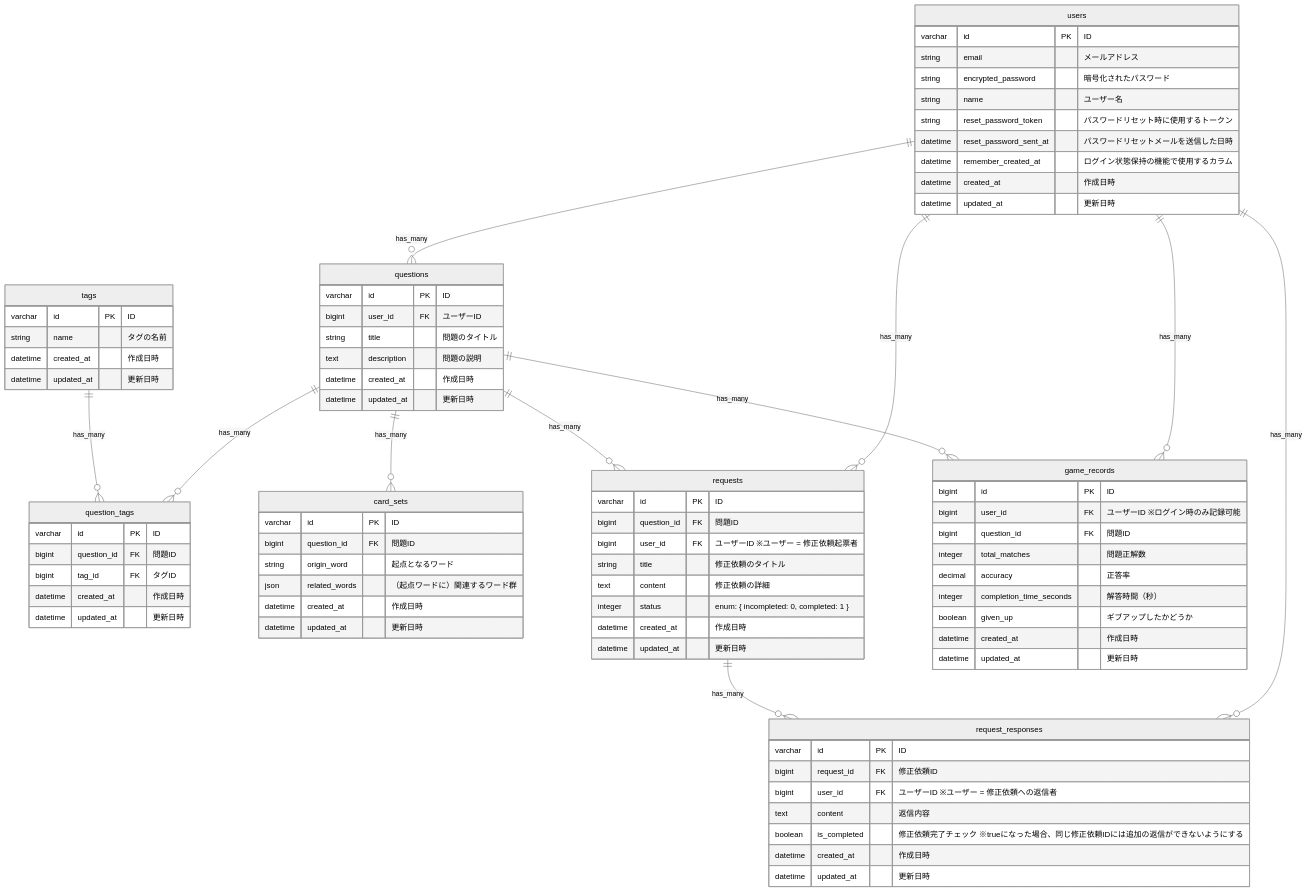
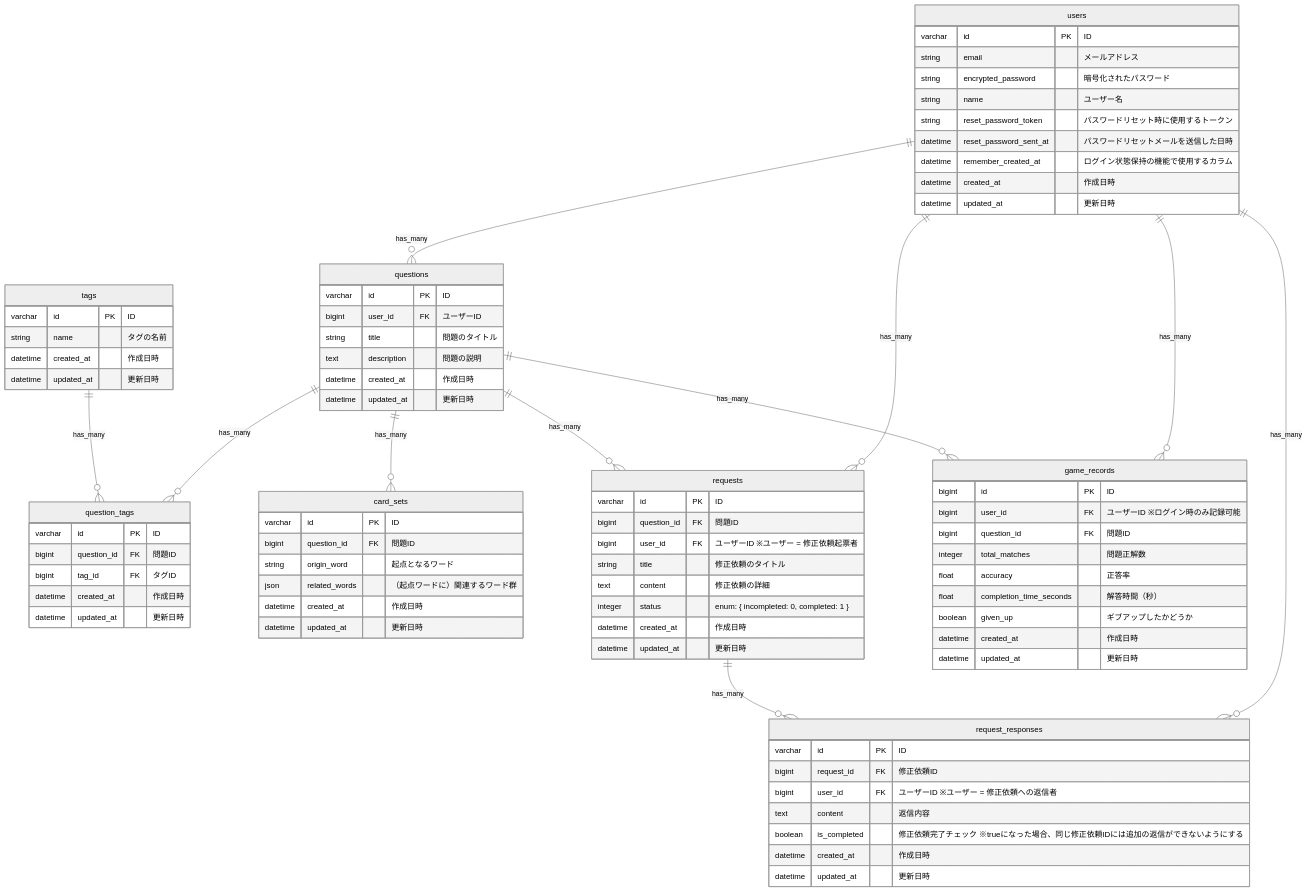
The diagram in README.md (mo-land/NeuroWord), drawn with Mermaid (neutral theme) before and after one commit.

Commit message:
uodate: ER図にて、正答率・解答時間（秒）のデータ型をfloatに変更

```diff
--- a/README.md
+++ b/README.md
@@ -231,8 +231,8 @@
         bigint user_id FK "ユーザーID ※ログイン時のみ記録可能"
         bigint question_id FK "問題ID"
         integer total_matches "問題正解数"
-        decimal accuracy "正答率"
-        integer completion_time_seconds "解答時間（秒）"
+        float accuracy "正答率"
+        float completion_time_seconds "解答時間（秒）"
         boolean given_up "ギブアップしたかどうか"
         datetime created_at "作成日時"
         datetime updated_at "更新日時"
```
